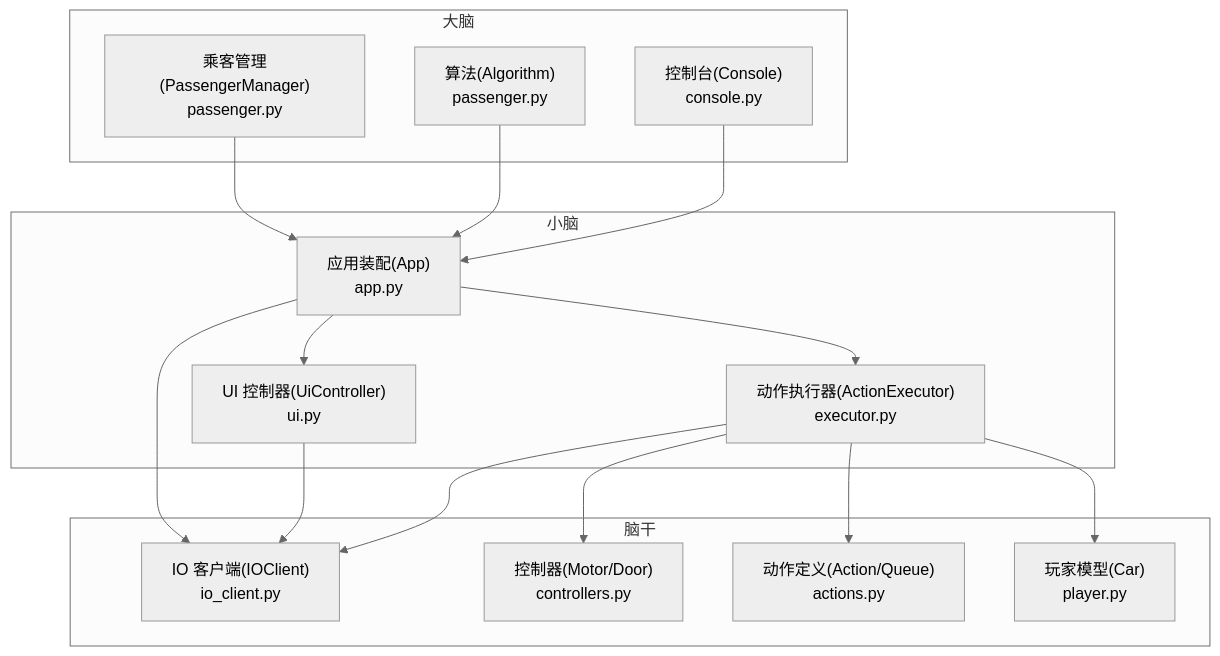
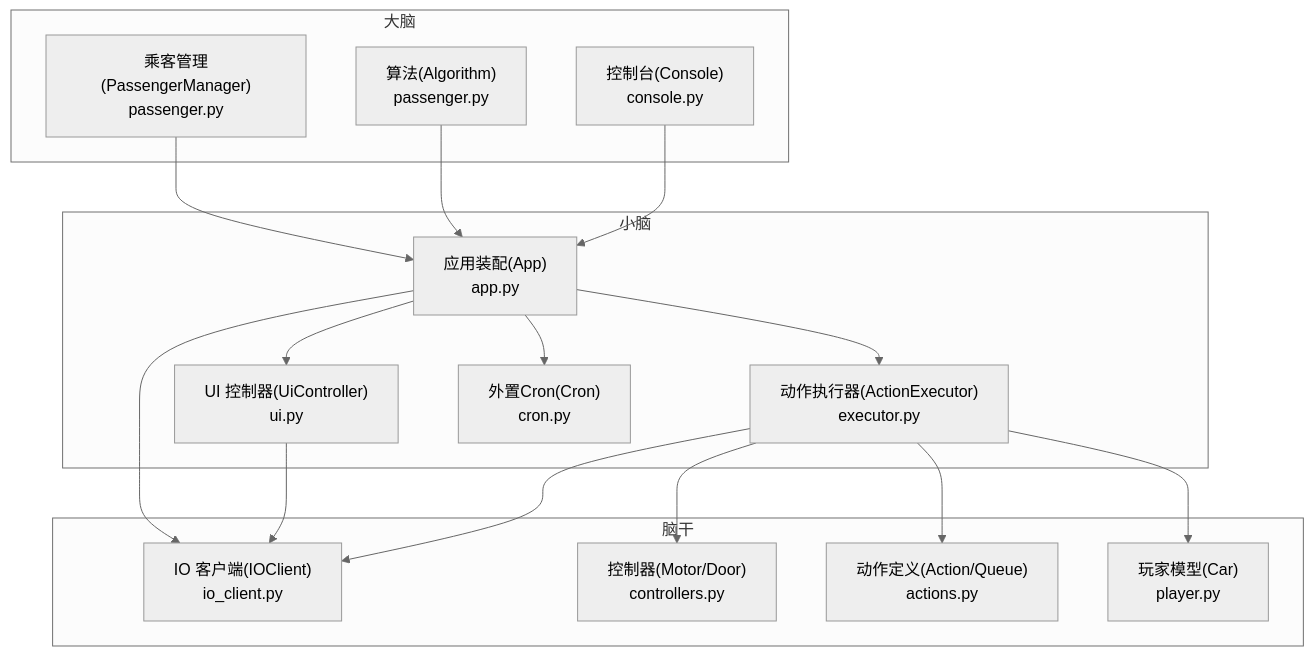
Before and after one commit to xmb505/Haku_EET: the first of 6 diagrams in .qoder/repowiki/zh/content/系统架构概览/系统架构概览.md, drawn with Mermaid (neutral theme). The commit also changed other lines of this file and 37 other files, not shown here.

First line of the commit message:
docs(architecture): 更新三层架构和模块职责说明

````diff
--- a/.qoder/repowiki/zh/content/系统架构概览/系统架构概览.md
+++ b/.qoder/repowiki/zh/content/系统架构概览/系统架构概览.md
@@ -49,30 +61,32 @@
 ```mermaid
 graph TB
 subgraph "大脑"
 A["算法(Algorithm)<br/>passenger.py"]
 B["乘客管理(PassengerManager)<br/>passenger.py"]
 C["控制台(Console)<br/>console.py"]
 end
 subgraph "小脑"
 D["应用装配(App)<br/>app.py"]
 E["动作执行器(ActionExecutor)<br/>executor.py"]
 F["UI 控制器(UiController)<br/>ui.py"]
+G["外置Cron(Cron)<br/>cron.py"]
 end
 subgraph "脑干"
-G["IO 客户端(IOClient)<br/>io_client.py"]
-H["控制器(Motor/Door)<br/>controllers.py"]
-I["动作定义(Action/Queue)<br/>actions.py"]
-J["玩家模型(Car)<br/>player.py"]
+H["IO 客户端(IOClient)<br/>io_client.py"]
+I["控制器(Motor/Door)<br/>controllers.py"]
+J["动作定义(Action/Queue)<br/>actions.py"]
+K["玩家模型(Car)<br/>player.py"]
 end
 C --> D
 A --> D
 B --> D
 D --> E
 D --> F
-E --> H
-E --> G
-F --> G
 D --> G
 E --> I
+E --> H
+F --> H
+D --> H
 E --> J
+E --> K
 ```
````
